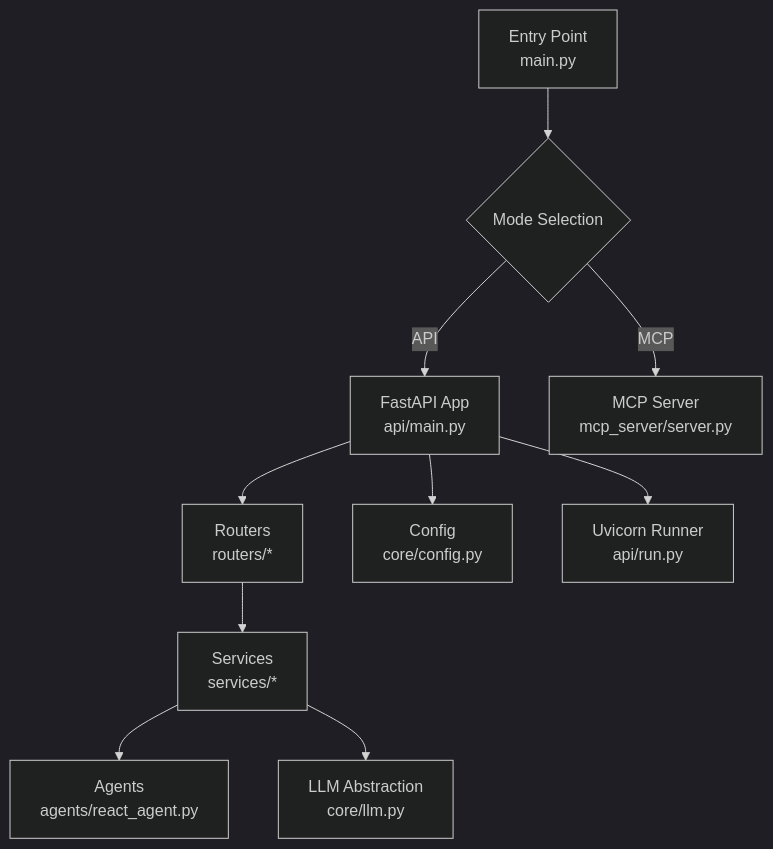
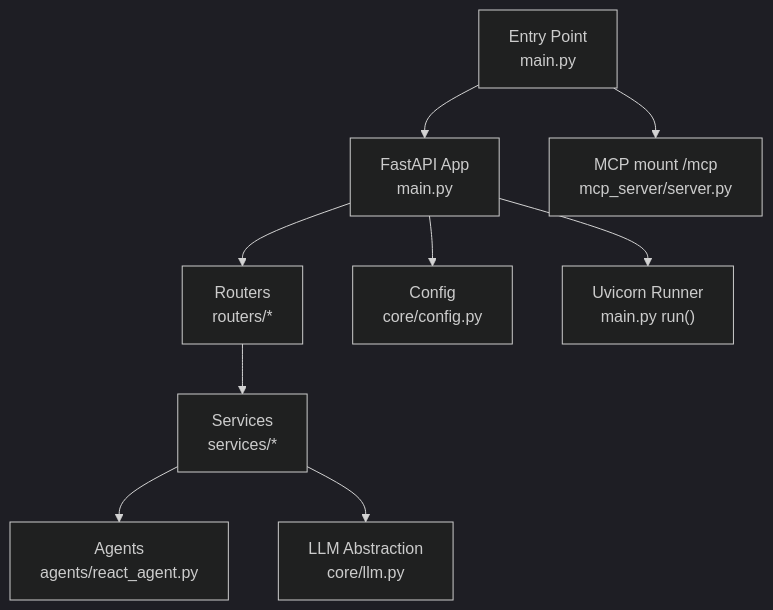
The first of 10 diagrams in src/data/docs/agentic-browser/System Architecture/Backend Server Design.md (tashifkhan/tashif.codes), drawn with Mermaid (dark theme) before and after one commit. The commit also changed other lines of this file and 2128 other files, not shown here.

First line of the commit message:
docs: replace raster diagram images with native Mermaid across project guides

````diff
--- a/src/data/docs/agentic-browser/System Architecture/Backend Server Design.md
+++ b/src/data/docs/agentic-browser/System Architecture/Backend Server Design.md
@@ -16,12 +16,11 @@
 ```mermaid
 graph TB
-Entry["Entry Point<br/>main.py"] --> ModeSel{"Mode Selection"}
-ModeSel --> |API| APIApp["FastAPI App<br/>api/main.py"]
-ModeSel --> |MCP| MCP["MCP Server<br/>mcp_server/server.py"]
+Entry["Entry Point<br/>main.py"] --> APIApp["FastAPI App<br/>main.py"]
+Entry --> MCP["MCP mount /mcp<br/>mcp_server/server.py"]
 APIApp --> Routers["Routers<br/>routers/*"]
 APIApp --> Config["Config<br/>core/config.py"]
-APIApp --> Run["Uvicorn Runner<br/>api/run.py"]
+APIApp --> Run["Uvicorn Runner<br/>main.py run()"]
 Routers --> Services["Services<br/>services/*"]
 Services --> Agents["Agents<br/>agents/react_agent.py"]
 Services --> LLM["LLM Abstraction<br/>core/llm.py"]
 ```
````
